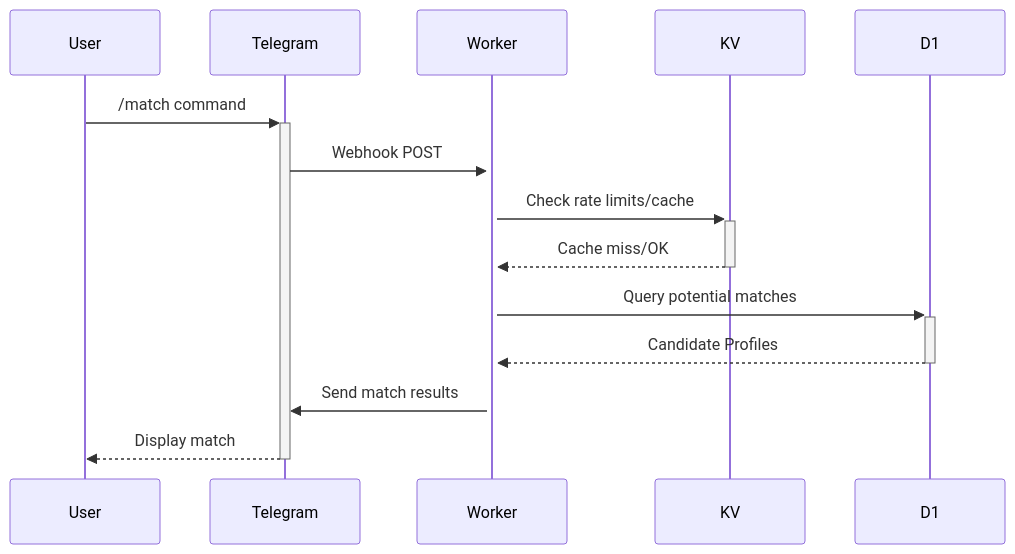
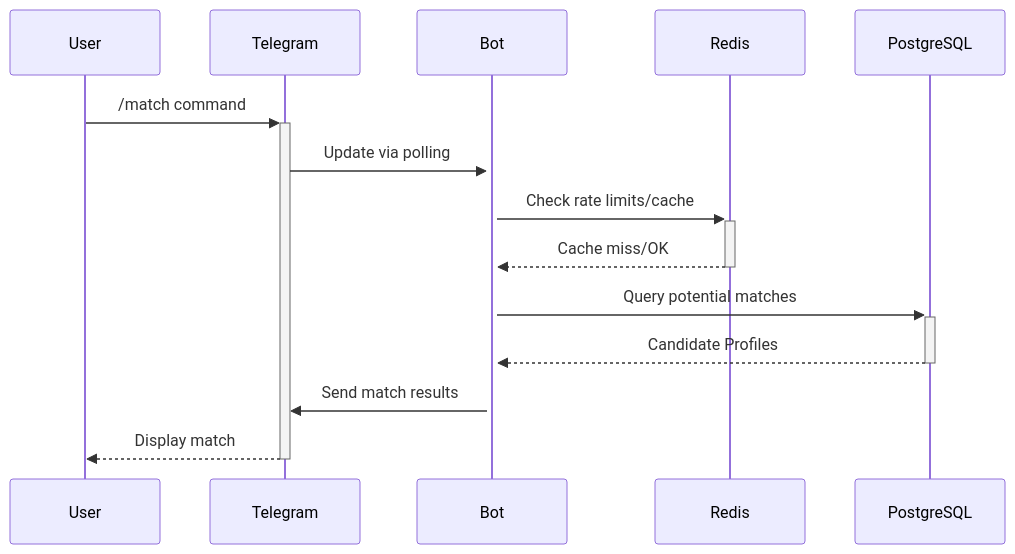
The third of 3 diagrams in _docs_/TECH.MD (irfndi/meets-match), drawn with Mermaid before and after one commit. The commit also changed other lines of this file and 131 other files, not shown here.

````diff
--- a/_docs_/TECH.MD
+++ b/_docs_/TECH.MD
@@ -107,11 +97,11 @@
 ```mermaid
 sequenceDiagram
     User->>+Telegram: /match command
-    Telegram->>+Worker: Webhook POST
-    Worker->>+KV: Check rate limits/cache
-    KV-->>-Worker: Cache miss/OK
-    Worker->>+D1: Query potential matches
-    D1-->>-Worker: Candidate Profiles
-    Worker->>Telegram: Send match results
+    Telegram->>+Bot: Update via polling
+    Bot->>+Redis: Check rate limits/cache
+    Redis-->>-Bot: Cache miss/OK
+    Bot->>+PostgreSQL: Query potential matches
+    PostgreSQL-->>-Bot: Candidate Profiles
+    Bot->>Telegram: Send match results
     Telegram-->>-User: Display match
 ```
````
